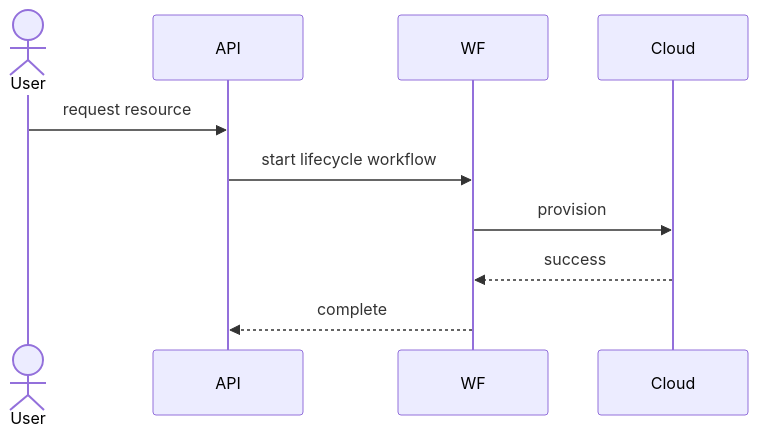
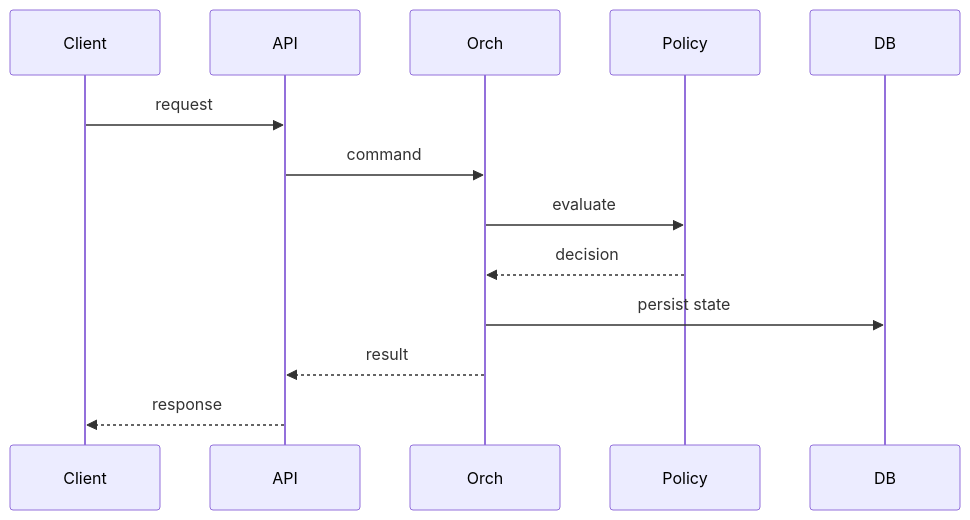
One commit to 0Ankit0/Project-Ideas changed the diagram in Resource Lifecycle Management Platform/high-level-design/system-sequence-diagrams.md. Above: the diagram before and after it, drawn with Mermaid. The commit also changed other lines of this file and 37 other files, not shown here.

````diff
--- a/Resource Lifecycle Management Platform/high-level-design/system-sequence-diagrams.md
+++ b/Resource Lifecycle Management Platform/high-level-design/system-sequence-diagrams.md
@@ -3,12 +34,15 @@
 ```mermaid
 sequenceDiagram
-  actor User
+  participant Client
   participant API
-  participant WF
-  participant Cloud
-  User->>API: request resource
-  API->>WF: start lifecycle workflow
-  WF->>Cloud: provision
-  Cloud-->>WF: success
-  WF-->>API: complete
+  participant Orch
+  participant Policy
+  participant DB
+  Client->>API: request
+  API->>Orch: command
+  Orch->>Policy: evaluate
+  Policy-->>Orch: decision
+  Orch->>DB: persist state
+  Orch-->>API: result
+  API-->>Client: response
 ```
````
